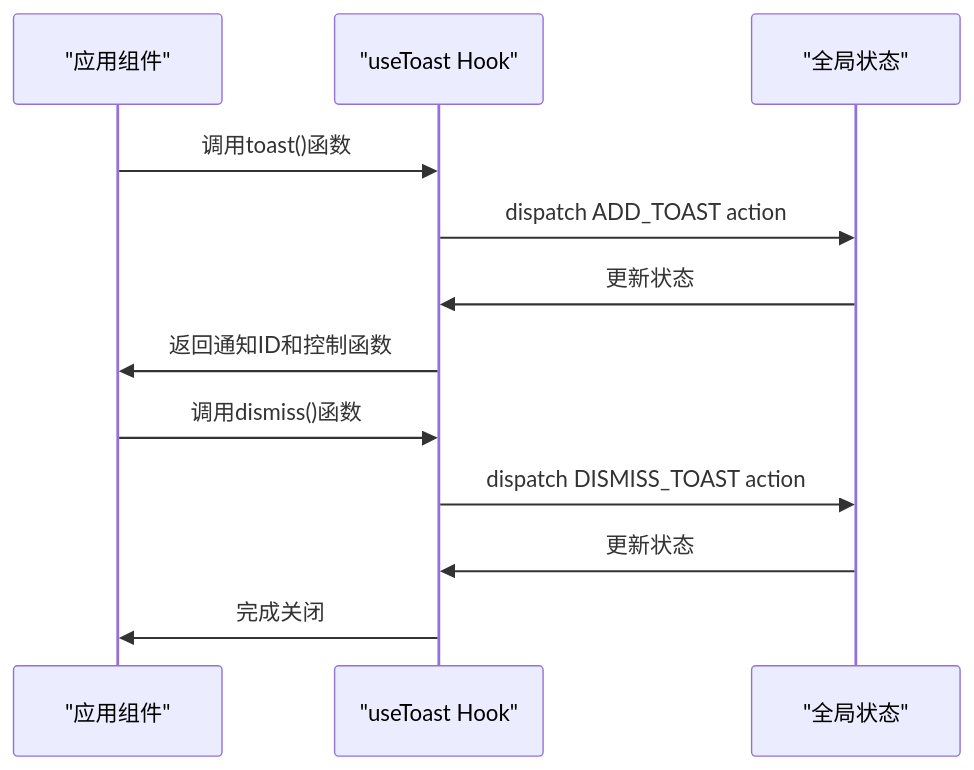
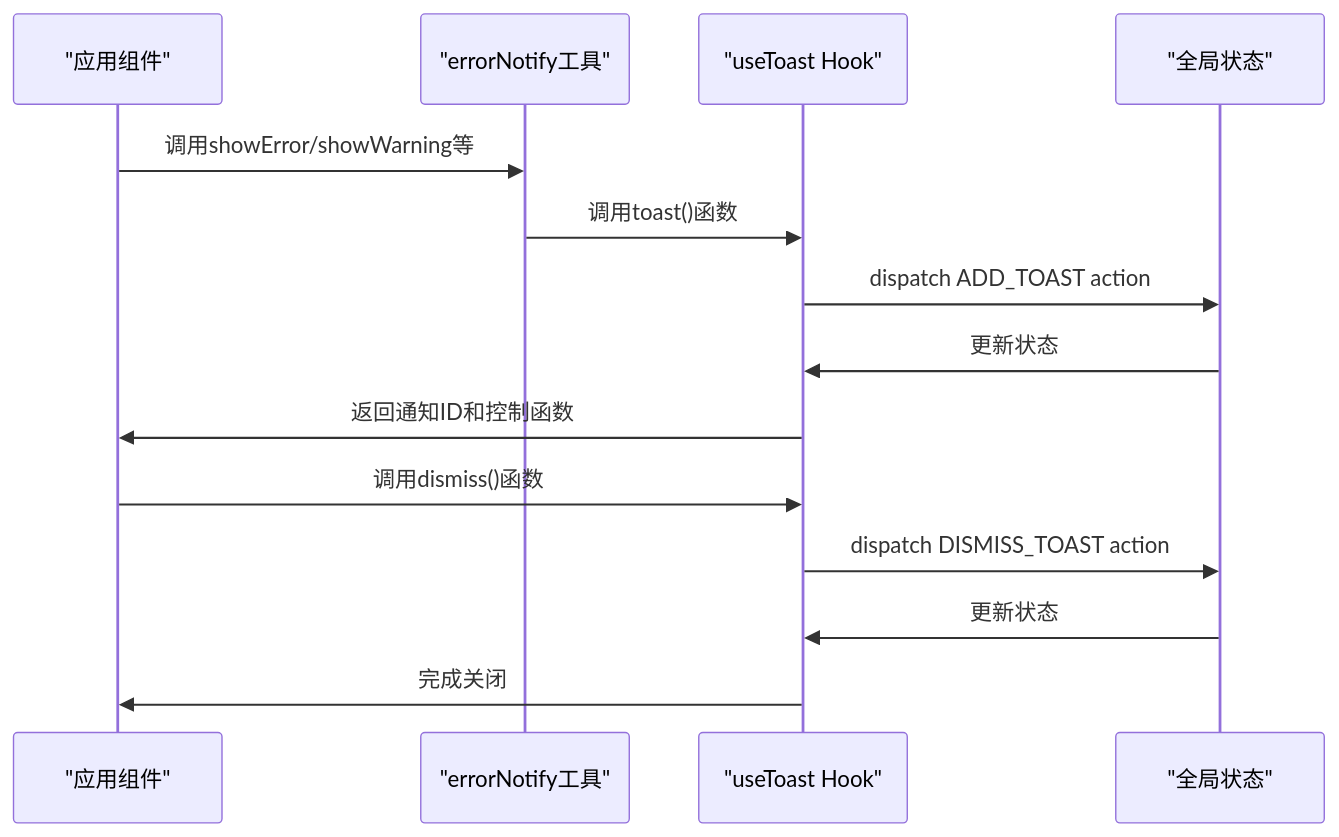
Before and after one commit to JasperLin2333/Flash-Flow: the second of 6 diagrams in .qoder/repowiki/zh/content/路由与导航结构/构建器路由/现有流程加载/加载错误处理与用户反馈机制/Toast通知系统.md, drawn with Mermaid. The commit also changed other lines of this file and 12 other files, not shown here.

````diff
--- a/.qoder/repowiki/zh/content/路由与导航结构/构建器路由/现有流程加载/加载错误处理与用户反馈机制/Toast通知系统.md
+++ b/.qoder/repowiki/zh/content/路由与导航结构/构建器路由/现有流程加载/加载错误处理与用户反馈机制/Toast通知系统.md
@@ -59,14 +78,16 @@
 ```mermaid
 sequenceDiagram
 participant Component as "应用组件"
+participant ErrorNotify as "errorNotify工具"
 participant Hook as "useToast Hook"
 participant State as "全局状态"
-Component->>Hook : 调用toast()函数
+Component->>ErrorNotify : 调用showError/showWarning等
+ErrorNotify->>Hook : 调用toast()函数
 Hook->>State : dispatch ADD_TOAST action
 State->>Hook : 更新状态
 Hook->>Component : 返回通知ID和控制函数
 Component->>Hook : 调用dismiss()函数
 Hook->>State : dispatch DISMISS_TOAST action
 State->>Hook : 更新状态
 Hook->>Component : 完成关闭
 ```
````
